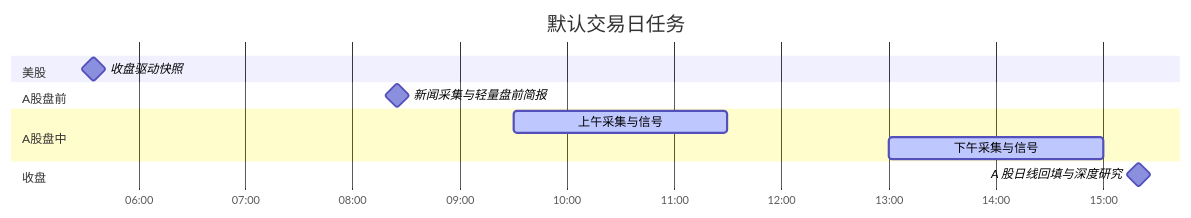
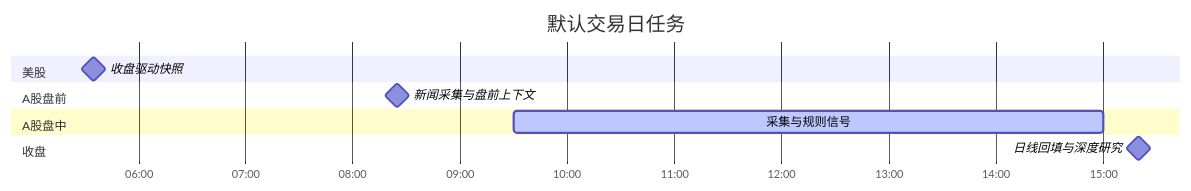
The second of 3 diagrams in README.md (gaaiyun/TradingWorkbench), drawn with Mermaid before and after one commit. The commit also changed other lines of this file and 4 other files, not shown here.

````diff
--- a/README.md
+++ b/README.md
@@ -121,15 +118,14 @@
 ```mermaid
 gantt
     title 默认交易日任务
     dateFormat HH:mm
     axisFormat %H:%M
     section 美股
     收盘驱动快照 :milestone, us, 05:35, 0m
     section A股盘前
-    新闻采集与轻量盘前简报 :milestone, pre, 08:25, 0m
+    新闻采集与盘前上下文 :milestone, pre, 08:25, 0m
     section A股盘中
-    上午采集与信号 :active, am, 09:30, 120m
-    下午采集与信号 :active, pm, 13:00, 120m
+    采集与规则信号 :active, cn, 09:30, 330m
     section 收盘
-    A 股日线回填与深度研究 :milestone, close, 15:20, 0m
+    日线回填与深度研究 :milestone, close, 15:20, 0m
 ```
````
